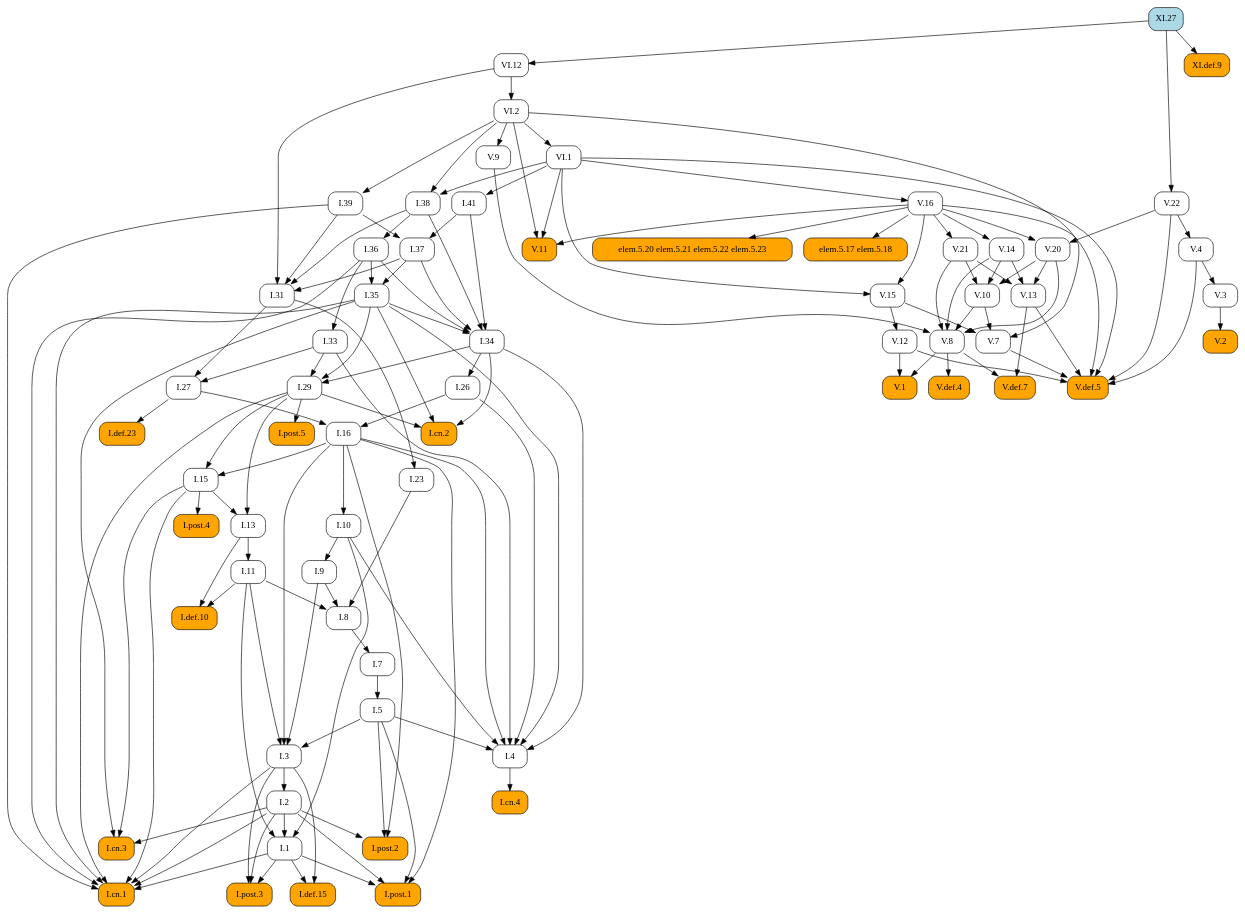
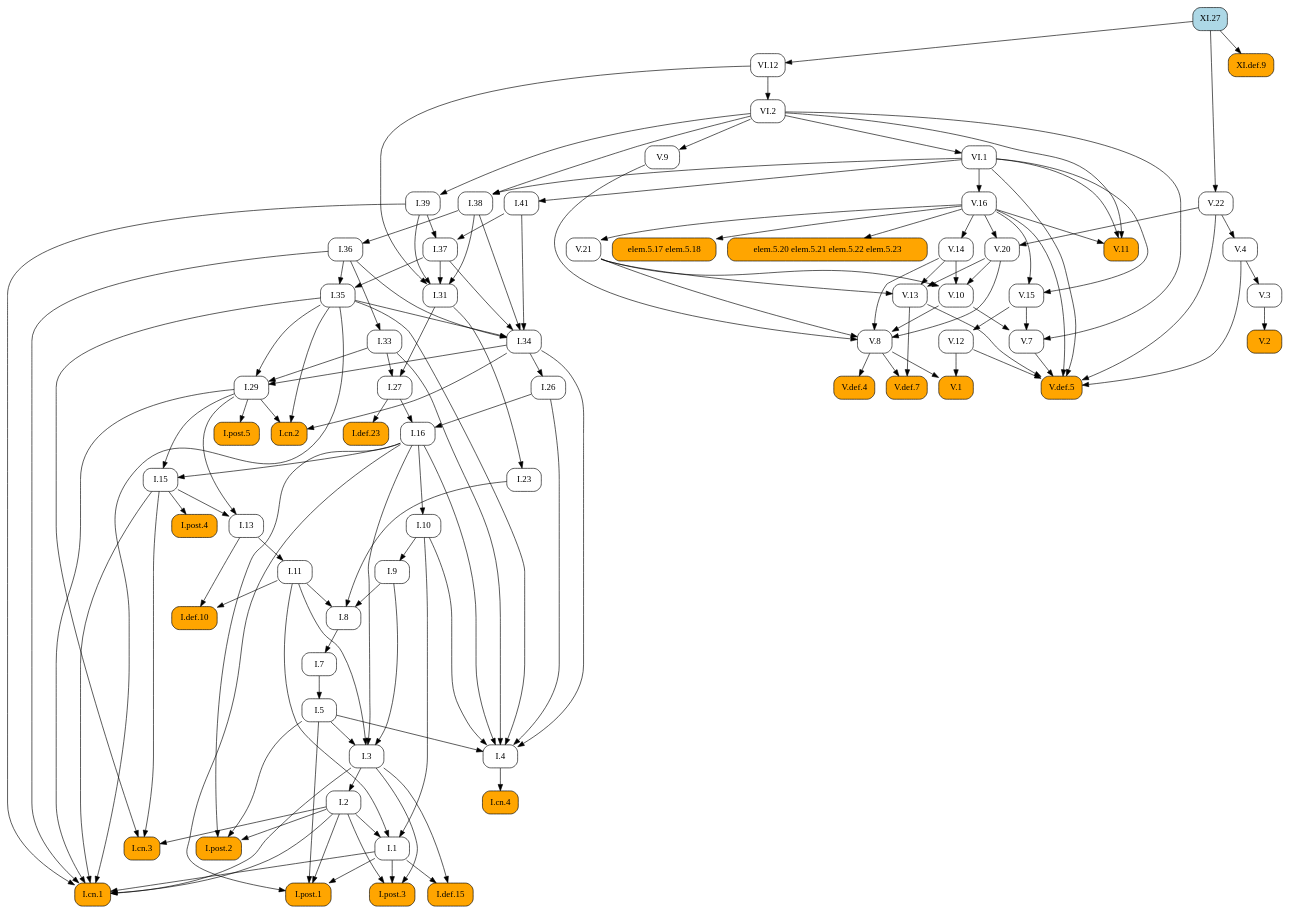
The diagram in docsrc/heath/XI/27/index.rst (geometor/elements), drawn with Graphviz before and after one commit. The commit also changed other lines of this file and 484 other files, not shown here.

```diff
--- a/docsrc/heath/XI/27/index.rst
+++ b/docsrc/heath/XI/27/index.rst
@@ -42,78 +42,156 @@
    digraph {
      rankdir="TB";
      node [shape=box, style=rounded];
+     "I.23" [URL="/heath/I/23/", target="_top"];
+     "I.9" [URL="/heath/I/9/", target="_top"];
+     "XI.def.9" [style="rounded,filled", fillcolor=orange, URL="/heath/XI/def.9/", target="_top"];
+     "I.def.15" [style="rounded,filled", fillcolor=orange, URL="/heath/I/def.15/", target="_top"];
+     "V.13" [URL="/heath/V/13/", target="_top"];
+     "V.7" [URL="/heath/V/7/", target="_top"];
+     "elem.5.17 elem.5.18" [style="rounded,filled", fillcolor=orange];
+     "I.post.1" [style="rounded,filled", fillcolor=orange, URL="/heath/I/post.1/", target="_top"];
+     "V.14" [URL="/heath/V/14/", target="_top"];
+     "V.9" [URL="/heath/V/9/", target="_top"];
+     "I.31" [URL="/heath/I/31/", target="_top"];
+     "V.10" [URL="/heath/V/10/", target="_top"];
      "I.def.10" [style="rounded,filled", fillcolor=orange, URL="/heath/I/def.10/", target="_top"];
+     "XI.27" [style="rounded,filled", fillcolor=lightblue, URL="/heath/XI/27/", target="_top"];
+     "V.4" [URL="/heath/V/4/", target="_top"];
+     "VI.1" [URL="/heath/VI/1/", target="_top"];
+     "I.39" [URL="/heath/I/39/", target="_top"];
+     "V.11" [style="rounded,filled", fillcolor=orange, URL="/heath/V/11/", target="_top"];
+     "I.34" [URL="/heath/I/34/", target="_top"];
+     "I.3" [URL="/heath/I/3/", target="_top"];
+     "V.def.4" [style="rounded,filled", fillcolor=orange, URL="/heath/V/def.4/", target="_top"];
+     "V.def.7" [style="rounded,filled", fillcolor=orange, URL="/heath/V/def.7/", target="_top"];
+     "V.21" [URL="/heath/V/21/", target="_top"];
+     "I.2" [URL="/heath/I/2/", target="_top"];
+     "V.3" [URL="/heath/V/3/", target="_top"];
+     "I.13" [URL="/heath/I/13/", target="_top"];
+     "I.post.4" [style="rounded,filled", fillcolor=orange, URL="/heath/I/post.4/", target="_top"];
+     "I.4" [URL="/heath/I/4/", target="_top"];
+     "I.1" [URL="/heath/I/1/", target="_top"];
+     "I.8" [URL="/heath/I/8/", target="_top"];
+     "I.29" [URL="/heath/I/29/", target="_top"];
+     "I.38" [URL="/heath/I/38/", target="_top"];
+     "V.8" [URL="/heath/V/8/", target="_top"];
+     "I.15" [URL="/heath/I/15/", target="_top"];
+     "I.10" [URL="/heath/I/10/", target="_top"];
      "I.11" [URL="/heath/I/11/", target="_top"];
-     "I.post.4" [style="rounded,filled", fillcolor=orange, URL="/heath/I/post.4/", target="_top"];
-     "I.1" [URL="/heath/I/1/", target="_top"];
+     "I.def.23" [style="rounded,filled", fillcolor=orange, URL="/heath/I/def.23/", target="_top"];
+     "I.26" [URL="/heath/I/26/", target="_top"];
+     "V.16" [URL="/heath/V/16/", target="_top"];
+     "I.33" [URL="/heath/I/33/", target="_top"];
+     "I.post.3" [style="rounded,filled", fillcolor=orange, URL="/heath/I/post.3/", target="_top"];
      "V.def.5" [style="rounded,filled", fillcolor=orange, URL="/heath/V/def.5/", target="_top"];
-     "V.13" [URL="/heath/V/13/", target="_top"];
-     "V.11" [style="rounded,filled", fillcolor=orange, URL="/heath/V/11/", target="_top"];
-     "I.post.3" [style="rounded,filled", fillcolor=orange, URL="/heath/I/post.3/", target="_top"];
-     "VI.1" [URL="/heath/VI/1/", target="_top"];
+     "V.20" [URL="/heath/V/20/", target="_top"];
+     "I.27" [URL="/heath/I/27/", target="_top"];
+     "V.12" [URL="/heath/V/12/", target="_top"];
+     "V.2" [style="rounded,filled", fillcolor=orange, URL="/heath/V/2/", target="_top"];
+     "I.cn.1" [style="rounded,filled", fillcolor=orange, URL="/heath/I/cn.1/", target="_top"];
+     "I.35" [URL="/heath/I/35/", target="_top"];
+     "I.7" [URL="/heath/I/7/", target="_top"];
+     "I.36" [URL="/heath/I/36/", target="_top"];
+     "I.5" [URL="/heath/I/5/", target="_top"];
+     "I.37" [URL="/heath/I/37/", target="_top"];
      "I.cn.3" [style="rounded,filled", fillcolor=orange, URL="/heath/I/cn.3/", target="_top"];
-     "V.16" [URL="/heath/V/16/", target="_top"];
-     "V.3" [URL="/heath/V/3/", target="_top"];
-     "V.8" [URL="/heath/V/8/", target="_top"];
-     "I.27" [URL="/heath/I/27/", target="_top"];
-     "I.36" [URL="/heath/I/36/", target="_top"];
+     "I.16" [URL="/heath/I/16/", target="_top"];
+     "V.22" [URL="/heath/V/22/", target="_top"];
+     "V.1" [style="rounded,filled", fillcolor=orange, URL="/heath/V/1/", target="_top"];
+     "VI.12" [URL="/heath/VI/12/", target="_top"];
+     "I.cn.2" [style="rounded,filled", fillcolor=orange, URL="/heath/I/cn.2/", target="_top"];
+     "I.post.5" [style="rounded,filled", fillcolor=orange, URL="/heath/I/post.5/", target="_top"];
+     "VI.2" [URL="/heath/VI/2/", target="_top"];
+     "I.cn.4" [style="rounded,filled", fillcolor=orange, URL="/heath/I/cn.4/", target="_top"];
      "I.41" [URL="/heath/I/41/", target="_top"];
-     "I.37" [URL="/heath/I/37/", target="_top"];
-     "I.34" [URL="/heath/I/34/", target="_top"];
-     "I.2" [URL="/heath/I/2/", target="_top"];
-     "I.def.23" [style="rounded,filled", fillcolor=orange, URL="/heath/I/def.23/", target="_top"];
-     "I.33" [URL="/heath/I/33/", target="_top"];
+     "V.15" [URL="/heath/V/15/", target="_top"];
      "I.post.2" [style="rounded,filled", fillcolor=orange, URL="/heath/I/post.2/", target="_top"];
      "elem.5.20 elem.5.21 elem.5.22 elem.5.23" [style="rounded,filled", fillcolor=orange];
-     "I.9" [URL="/heath/I/9/", target="_top"];
-     "V.def.4" [style="rounded,filled", fillcolor=orange, URL="/heath/V/def.4/", target="_top"];
-     "I.cn.4" [style="rounded,filled", fillcolor=orange, URL="/heath/I/cn.4/", target="_top"];
-     "I.15" [URL="/heath/I/15/", target="_top"];
-     "I.38" [URL="/heath/I/38/", target="_top"];
-     "V.def.7" [style="rounded,filled", fillcolor=orange, URL="/heath/V/def.7/", target="_top"];
-     "I.5" [URL="/heath/I/5/", target="_top"];
-     "V.21" [URL="/heath/V/21/", target="_top"];
-     "XI.def.9" [style="rounded,filled", fillcolor=orange, URL="/heath/XI/def.9/", target="_top"];
-     "I.39" [URL="/heath/I/39/", target="_top"];
-     "VI.12" [URL="/heath/VI/12/", target="_top"];
-     "I.26" [URL="/heath/I/26/", target="_top"];
-     "V.14" [URL="/heath/V/14/", target="_top"];
-     "I.29" [URL="/heath/I/29/", target="_top"];
-     "V.22" [URL="/heath/V/22/", target="_top"];
-     "V.12" [URL="/heath/V/12/", target="_top"];
-     "I.cn.2" [style="rounded,filled", fillcolor=orange, URL="/heath/I/cn.2/", target="_top"];
-     "V.10" [URL="/heath/V/10/", target="_top"];
-     "V.20" [URL="/heath/V/20/", target="_top"];
-     "VI.2" [URL="/heath/VI/2/", target="_top"];
-     "I.def.15" [style="rounded,filled", fillcolor=orange, URL="/heath/I/def.15/", target="_top"];
-     "V.15" [URL="/heath/V/15/", target="_top"];
-     "I.cn.1" [style="rounded,filled", fillcolor=orange, URL="/heath/I/cn.1/", target="_top"];
-     "XI.27" [style="rounded,filled", fillcolor=lightblue, URL="/heath/XI/27/", target="_top"];
-     "V.7" [URL="/heath/V/7/", target="_top"];
-     "V.9" [URL="/heath/V/9/", target="_top"];
-     "I.23" [URL="/heath/I/23/", target="_top"];
-     "I.post.1" [style="rounded,filled", fillcolor=orange, URL="/heath/I/post.1/", target="_top"];
-     "I.35" [URL="/heath/I/35/", target="_top"];
-     "I.7" [URL="/heath/I/7/", target="_top"];
-     "I.3" [URL="/heath/I/3/", target="_top"];
-     "I.4" [URL="/heath/I/4/", target="_top"];
-     "I.13" [URL="/heath/I/13/", target="_top"];
-     "V.4" [URL="/heath/V/4/", target="_top"];
-     "I.31" [URL="/heath/I/31/", target="_top"];
-     "V.1" [style="rounded,filled", fillcolor=orange, URL="/heath/V/1/", target="_top"];
-     "I.16" [URL="/heath/I/16/", target="_top"];
-     "elem.5.17 elem.5.18" [style="rounded,filled", fillcolor=orange];
-     "I.8" [URL="/heath/I/8/", target="_top"];
-     "V.2" [style="rounded,filled", fillcolor=orange, URL="/heath/V/2/", target="_top"];
-     "I.post.5" [style="rounded,filled", fillcolor=orange, URL="/heath/I/post.5/", target="_top"];
-     "I.10" [URL="/heath/I/10/", target="_top"];
+     "I.31" -> "I.23";
+     "I.10" -> "I.9";
+     "XI.27" -> "XI.def.9";
+     "I.1" -> "I.def.15";
+     "I.3" -> "I.def.15";
+     "V.14" -> "V.13";
+     "V.20" -> "V.13";
+     "V.21" -> "V.13";
+     "V.10" -> "V.7";
+     "V.15" -> "V.7";
+     "VI.2" -> "V.7";
+     "V.16" -> "elem.5.17 elem.5.18";
+     "I.1" -> "I.post.1";
+     "I.2" -> "I.post.1";
+     "I.5" -> "I.post.1";
+     "I.16" -> "I.post.1";
+     "V.16" -> "V.14";
+     "VI.2" -> "V.9";
+     "I.37" -> "I.31";
+     "I.38" -> "I.31";
+     "I.39" -> "I.31";
+     "VI.12" -> "I.31";
+     "V.14" -> "V.10";
+     "V.20" -> "V.10";
+     "V.21" -> "V.10";
      "I.11" -> "I.def.10";
      "I.13" -> "I.def.10";
-     "I.13" -> "I.11";
+     "V.22" -> "V.4";
+     "VI.2" -> "VI.1";
+     "VI.2" -> "I.39";
+     "V.16" -> "V.11";
+     "VI.1" -> "V.11";
+     "VI.2" -> "V.11";
+     "I.35" -> "I.34";
+     "I.36" -> "I.34";
+     "I.37" -> "I.34";
+     "I.38" -> "I.34";
+     "I.41" -> "I.34";
+     "I.5" -> "I.3";
+     "I.9" -> "I.3";
+     "I.11" -> "I.3";
+     "I.16" -> "I.3";
+     "V.8" -> "V.def.4";
+     "V.8" -> "V.def.7";
+     "V.13" -> "V.def.7";
+     "V.16" -> "V.21";
+     "I.3" -> "I.2";
+     "V.4" -> "V.3";
+     "I.15" -> "I.13";
+     "I.29" -> "I.13";
      "I.15" -> "I.post.4";
+     "I.5" -> "I.4";
+     "I.10" -> "I.4";
+     "I.16" -> "I.4";
+     "I.26" -> "I.4";
+     "I.33" -> "I.4";
+     "I.34" -> "I.4";
+     "I.35" -> "I.4";
      "I.2" -> "I.1";
      "I.10" -> "I.1";
      "I.11" -> "I.1";
+     "I.9" -> "I.8";
+     "I.11" -> "I.8";
+     "I.23" -> "I.8";
+     "I.33" -> "I.29";
+     "I.34" -> "I.29";
+     "I.35" -> "I.29";
+     "VI.1" -> "I.38";
+     "VI.2" -> "I.38";
+     "V.9" -> "V.8";
+     "V.10" -> "V.8";
+     "V.14" -> "V.8";
+     "V.20" -> "V.8";
+     "V.21" -> "V.8";
+     "I.16" -> "I.15";
+     "I.29" -> "I.15";
+     "I.16" -> "I.10";
+     "I.13" -> "I.11";
+     "I.27" -> "I.def.23";
+     "I.34" -> "I.26";
+     "VI.1" -> "V.16";
+     "I.36" -> "I.33";
+     "I.1" -> "I.post.3";
+     "I.2" -> "I.post.3";
+     "I.3" -> "I.post.3";
      "V.4" -> "V.def.5";
      "V.7" -> "V.def.5";
      "V.12" -> "V.def.5";
@@ -121,78 +199,12 @@
      "V.16" -> "V.def.5";
      "V.22" -> "V.def.5";
      "VI.1" -> "V.def.5";
-     "V.14" -> "V.13";
-     "V.20" -> "V.13";
-     "V.21" -> "V.13";
-     "V.16" -> "V.11";
-     "VI.1" -> "V.11";
-     "VI.2" -> "V.11";
-     "I.1" -> "I.post.3";
-     "I.2" -> "I.post.3";
-     "I.3" -> "I.post.3";
-     "VI.2" -> "VI.1";
-     "I.2" -> "I.cn.3";
-     "I.15" -> "I.cn.3";
-     "I.35" -> "I.cn.3";
-     "VI.1" -> "V.16";
-     "V.4" -> "V.3";
-     "V.9" -> "V.8";
-     "V.10" -> "V.8";
-     "V.14" -> "V.8";
-     "V.20" -> "V.8";
-     "V.21" -> "V.8";
+     "V.16" -> "V.20";
+     "V.22" -> "V.20";
      "I.31" -> "I.27";
      "I.33" -> "I.27";
-     "I.38" -> "I.36";
-     "VI.1" -> "I.41";
-     "I.39" -> "I.37";
-     "I.41" -> "I.37";
-     "I.35" -> "I.34";
-     "I.36" -> "I.34";
-     "I.37" -> "I.34";
-     "I.38" -> "I.34";
-     "I.41" -> "I.34";
-     "I.3" -> "I.2";
-     "I.27" -> "I.def.23";
-     "I.36" -> "I.33";
-     "I.2" -> "I.post.2";
-     "I.5" -> "I.post.2";
-     "I.16" -> "I.post.2";
-     "V.16" -> "elem.5.20 elem.5.21 elem.5.22 elem.5.23";
-     "I.10" -> "I.9";
-     "V.8" -> "V.def.4";
-     "I.4" -> "I.cn.4";
-     "I.16" -> "I.15";
-     "I.29" -> "I.15";
-     "VI.1" -> "I.38";
-     "VI.2" -> "I.38";
-     "V.8" -> "V.def.7";
-     "V.13" -> "V.def.7";
-     "I.7" -> "I.5";
-     "V.16" -> "V.21";
-     "XI.27" -> "XI.def.9";
-     "VI.2" -> "I.39";
-     "XI.27" -> "VI.12";
-     "I.34" -> "I.26";
-     "V.16" -> "V.14";
-     "I.33" -> "I.29";
-     "I.34" -> "I.29";
-     "I.35" -> "I.29";
-     "XI.27" -> "V.22";
      "V.15" -> "V.12";
-     "I.29" -> "I.cn.2";
-     "I.34" -> "I.cn.2";
-     "I.35" -> "I.cn.2";
-     "V.14" -> "V.10";
-     "V.20" -> "V.10";
-     "V.21" -> "V.10";
-     "V.16" -> "V.20";
-     "V.22" -> "V.20";
-     "VI.12" -> "VI.2";
-     "I.1" -> "I.def.15";
-     "I.3" -> "I.def.15";
-     "V.16" -> "V.15";
-     "VI.1" -> "V.15";
+     "V.3" -> "V.2";
      "I.1" -> "I.cn.1";
      "I.2" -> "I.cn.1";
      "I.3" -> "I.cn.1";
@@ -201,45 +213,33 @@
      "I.35" -> "I.cn.1";
      "I.36" -> "I.cn.1";
      "I.39" -> "I.cn.1";
-     "V.10" -> "V.7";
-     "V.15" -> "V.7";
-     "VI.2" -> "V.7";
-     "VI.2" -> "V.9";
-     "I.31" -> "I.23";
-     "I.1" -> "I.post.1";
-     "I.2" -> "I.post.1";
-     "I.5" -> "I.post.1";
-     "I.16" -> "I.post.1";
      "I.36" -> "I.35";
      "I.37" -> "I.35";
      "I.8" -> "I.7";
-     "I.5" -> "I.3";
-     "I.9" -> "I.3";
-     "I.11" -> "I.3";
-     "I.16" -> "I.3";
-     "I.5" -> "I.4";
-     "I.10" -> "I.4";
-     "I.16" -> "I.4";
-     "I.26" -> "I.4";
-     "I.33" -> "I.4";
-     "I.34" -> "I.4";
-     "I.35" -> "I.4";
-     "I.15" -> "I.13";
-     "I.29" -> "I.13";
-     "V.22" -> "V.4";
-     "I.37" -> "I.31";
-     "I.38" -> "I.31";
-     "I.39" -> "I.31";
-     "VI.12" -> "I.31";
+     "I.38" -> "I.36";
+     "I.7" -> "I.5";
+     "I.39" -> "I.37";
+     "I.41" -> "I.37";
+     "I.2" -> "I.cn.3";
+     "I.15" -> "I.cn.3";
+     "I.35" -> "I.cn.3";
+     "I.26" -> "I.16";
+     "I.27" -> "I.16";
+     "XI.27" -> "V.22";
      "V.8" -> "V.1";
      "V.12" -> "V.1";
-     "I.26" -> "I.16";
-     "I.27" -> "I.16";
-     "V.16" -> "elem.5.17 elem.5.18";
-     "I.9" -> "I.8";
-     "I.11" -> "I.8";
-     "I.23" -> "I.8";
-     "V.3" -> "V.2";
+     "XI.27" -> "VI.12";
+     "I.29" -> "I.cn.2";
+     "I.34" -> "I.cn.2";
+     "I.35" -> "I.cn.2";
      "I.29" -> "I.post.5";
-     "I.16" -> "I.10";
+     "VI.12" -> "VI.2";
+     "I.4" -> "I.cn.4";
+     "VI.1" -> "I.41";
+     "V.16" -> "V.15";
+     "VI.1" -> "V.15";
+     "I.2" -> "I.post.2";
+     "I.5" -> "I.post.2";
+     "I.16" -> "I.post.2";
+     "V.16" -> "elem.5.20 elem.5.21 elem.5.22 elem.5.23";
    }
```
